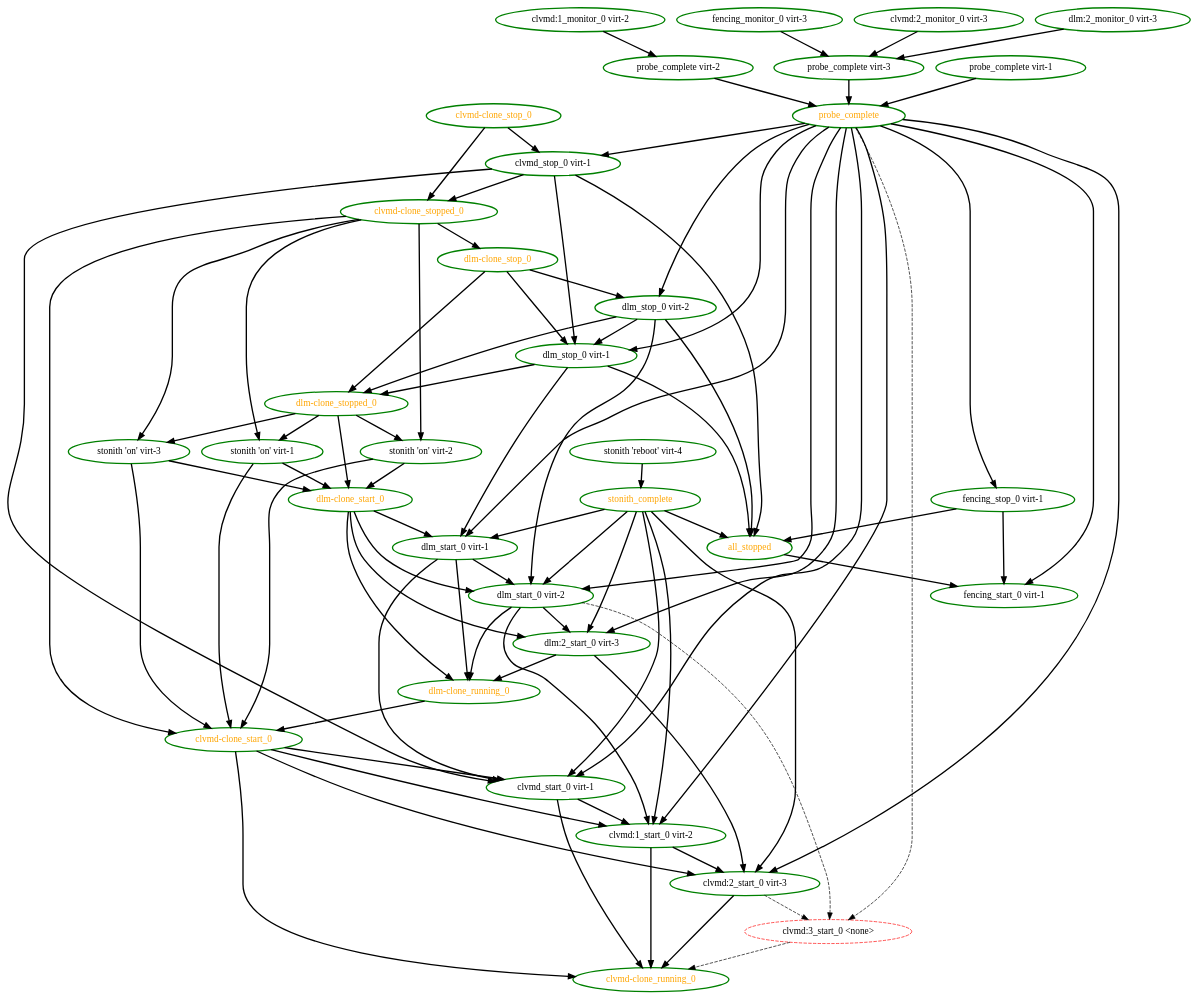
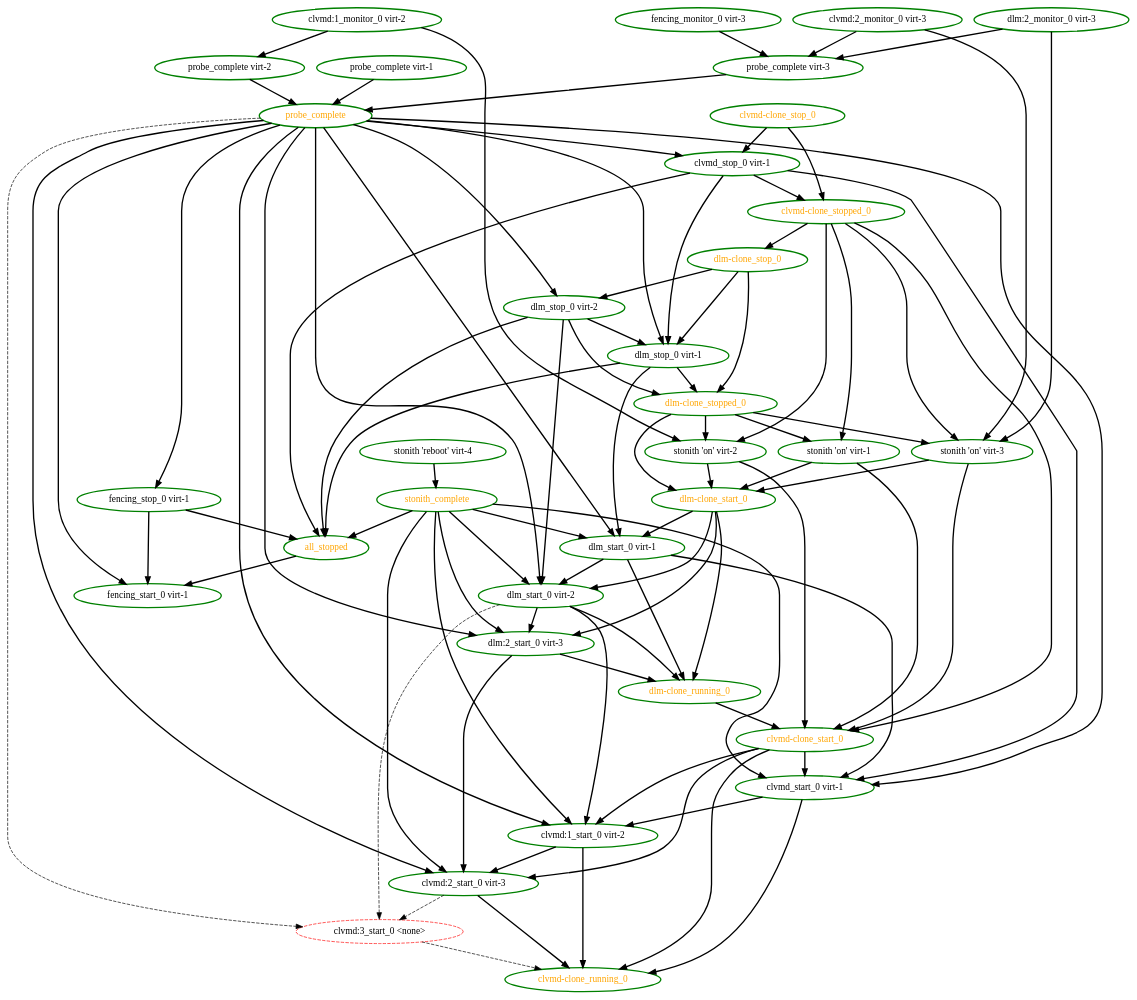
Before and after one commit to ClusterLabs/pacemaker: the diagram in pengine/test10/unfence-parameters.dot, drawn with Graphviz. The commit also changed 17 other files, not shown here.

```diff
--- a/pengine/test10/unfence-parameters.dot
+++ b/pengine/test10/unfence-parameters.dot
@@ -1,122 +1,125 @@
 digraph "g" {
 "all_stopped" -> "fencing_start_0 virt-1" [ style = bold]
 "all_stopped" [ style=bold color="green" fontcolor="orange"]
 "clvmd-clone_running_0" [ style=bold color="green" fontcolor="orange"]
 "clvmd-clone_start_0" -> "clvmd-clone_running_0" [ style = bold]
 "clvmd-clone_start_0" -> "clvmd:1_start_0 virt-2" [ style = bold]
 "clvmd-clone_start_0" -> "clvmd:2_start_0 virt-3" [ style = bold]
 "clvmd-clone_start_0" -> "clvmd_start_0 virt-1" [ style = bold]
 "clvmd-clone_start_0" [ style=bold color="green" fontcolor="orange"]
 "clvmd-clone_stop_0" -> "clvmd-clone_stopped_0" [ style = bold]
 "clvmd-clone_stop_0" -> "clvmd_stop_0 virt-1" [ style = bold]
 "clvmd-clone_stop_0" [ style=bold color="green" fontcolor="orange"]
 "clvmd-clone_stopped_0" -> "clvmd-clone_start_0" [ style = bold]
 "clvmd-clone_stopped_0" -> "dlm-clone_stop_0" [ style = bold]
 "clvmd-clone_stopped_0" -> "stonith 'on' virt-1" [ style = bold]
 "clvmd-clone_stopped_0" -> "stonith 'on' virt-2" [ style = bold]
 "clvmd-clone_stopped_0" -> "stonith 'on' virt-3" [ style = bold]
 "clvmd-clone_stopped_0" [ style=bold color="green" fontcolor="orange"]
 "clvmd:1_monitor_0 virt-2" -> "probe_complete virt-2" [ style = bold]
+"clvmd:1_monitor_0 virt-2" -> "stonith 'on' virt-2" [ style = bold]
 "clvmd:1_monitor_0 virt-2" [ style=bold color="green" fontcolor="black"]
 "clvmd:1_start_0 virt-2" -> "clvmd-clone_running_0" [ style = bold]
 "clvmd:1_start_0 virt-2" -> "clvmd:2_start_0 virt-3" [ style = bold]
 "clvmd:1_start_0 virt-2" [ style=bold color="green" fontcolor="black"]
 "clvmd:2_monitor_0 virt-3" -> "probe_complete virt-3" [ style = bold]
+"clvmd:2_monitor_0 virt-3" -> "stonith 'on' virt-3" [ style = bold]
 "clvmd:2_monitor_0 virt-3" [ style=bold color="green" fontcolor="black"]
 "clvmd:2_start_0 virt-3" -> "clvmd-clone_running_0" [ style = bold]
 "clvmd:2_start_0 virt-3" -> "clvmd:3_start_0 <none>" [ style = dashed]
 "clvmd:2_start_0 virt-3" [ style=bold color="green" fontcolor="black"]
 "clvmd:3_start_0 <none>" -> "clvmd-clone_running_0" [ style = dashed]
 "clvmd:3_start_0 <none>" [ style=dashed color="red" fontcolor="black"]
 "clvmd_start_0 virt-1" -> "clvmd-clone_running_0" [ style = bold]
 "clvmd_start_0 virt-1" -> "clvmd:1_start_0 virt-2" [ style = bold]
 "clvmd_start_0 virt-1" [ style=bold color="green" fontcolor="black"]
 "clvmd_stop_0 virt-1" -> "all_stopped" [ style = bold]
 "clvmd_stop_0 virt-1" -> "clvmd-clone_stopped_0" [ style = bold]
 "clvmd_stop_0 virt-1" -> "clvmd_start_0 virt-1" [ style = bold]
 "clvmd_stop_0 virt-1" -> "dlm_stop_0 virt-1" [ style = bold]
 "clvmd_stop_0 virt-1" [ style=bold color="green" fontcolor="black"]
 "dlm-clone_running_0" -> "clvmd-clone_start_0" [ style = bold]
 "dlm-clone_running_0" [ style=bold color="green" fontcolor="orange"]
 "dlm-clone_start_0" -> "dlm-clone_running_0" [ style = bold]
 "dlm-clone_start_0" -> "dlm:2_start_0 virt-3" [ style = bold]
 "dlm-clone_start_0" -> "dlm_start_0 virt-1" [ style = bold]
 "dlm-clone_start_0" -> "dlm_start_0 virt-2" [ style = bold]
 "dlm-clone_start_0" [ style=bold color="green" fontcolor="orange"]
 "dlm-clone_stop_0" -> "dlm-clone_stopped_0" [ style = bold]
 "dlm-clone_stop_0" -> "dlm_stop_0 virt-1" [ style = bold]
 "dlm-clone_stop_0" -> "dlm_stop_0 virt-2" [ style = bold]
 "dlm-clone_stop_0" [ style=bold color="green" fontcolor="orange"]
 "dlm-clone_stopped_0" -> "dlm-clone_start_0" [ style = bold]
 "dlm-clone_stopped_0" -> "stonith 'on' virt-1" [ style = bold]
 "dlm-clone_stopped_0" -> "stonith 'on' virt-2" [ style = bold]
 "dlm-clone_stopped_0" -> "stonith 'on' virt-3" [ style = bold]
 "dlm-clone_stopped_0" [ style=bold color="green" fontcolor="orange"]
 "dlm:2_monitor_0 virt-3" -> "probe_complete virt-3" [ style = bold]
+"dlm:2_monitor_0 virt-3" -> "stonith 'on' virt-3" [ style = bold]
 "dlm:2_monitor_0 virt-3" [ style=bold color="green" fontcolor="black"]
 "dlm:2_start_0 virt-3" -> "clvmd:2_start_0 virt-3" [ style = bold]
 "dlm:2_start_0 virt-3" -> "dlm-clone_running_0" [ style = bold]
 "dlm:2_start_0 virt-3" [ style=bold color="green" fontcolor="black"]
 "dlm_start_0 virt-1" -> "clvmd_start_0 virt-1" [ style = bold]
 "dlm_start_0 virt-1" -> "dlm-clone_running_0" [ style = bold]
 "dlm_start_0 virt-1" -> "dlm_start_0 virt-2" [ style = bold]
 "dlm_start_0 virt-1" [ style=bold color="green" fontcolor="black"]
 "dlm_start_0 virt-2" -> "clvmd:1_start_0 virt-2" [ style = bold]
 "dlm_start_0 virt-2" -> "clvmd:3_start_0 <none>" [ style = dashed]
 "dlm_start_0 virt-2" -> "dlm-clone_running_0" [ style = bold]
 "dlm_start_0 virt-2" -> "dlm:2_start_0 virt-3" [ style = bold]
 "dlm_start_0 virt-2" [ style=bold color="green" fontcolor="black"]
 "dlm_stop_0 virt-1" -> "all_stopped" [ style = bold]
 "dlm_stop_0 virt-1" -> "dlm-clone_stopped_0" [ style = bold]
 "dlm_stop_0 virt-1" -> "dlm_start_0 virt-1" [ style = bold]
 "dlm_stop_0 virt-1" [ style=bold color="green" fontcolor="black"]
 "dlm_stop_0 virt-2" -> "all_stopped" [ style = bold]
 "dlm_stop_0 virt-2" -> "dlm-clone_stopped_0" [ style = bold]
 "dlm_stop_0 virt-2" -> "dlm_start_0 virt-2" [ style = bold]
 "dlm_stop_0 virt-2" -> "dlm_stop_0 virt-1" [ style = bold]
 "dlm_stop_0 virt-2" [ style=bold color="green" fontcolor="black"]
 "fencing_monitor_0 virt-3" -> "probe_complete virt-3" [ style = bold]
 "fencing_monitor_0 virt-3" [ style=bold color="green" fontcolor="black"]
 "fencing_start_0 virt-1" [ style=bold color="green" fontcolor="black"]
 "fencing_stop_0 virt-1" -> "all_stopped" [ style = bold]
 "fencing_stop_0 virt-1" -> "fencing_start_0 virt-1" [ style = bold]
 "fencing_stop_0 virt-1" [ style=bold color="green" fontcolor="black"]
 "probe_complete virt-1" -> "probe_complete" [ style = bold]
 "probe_complete virt-1" [ style=bold color="green" fontcolor="black"]
 "probe_complete virt-2" -> "probe_complete" [ style = bold]
 "probe_complete virt-2" [ style=bold color="green" fontcolor="black"]
 "probe_complete virt-3" -> "probe_complete" [ style = bold]
 "probe_complete virt-3" [ style=bold color="green" fontcolor="black"]
 "probe_complete" -> "clvmd:1_start_0 virt-2" [ style = bold]
 "probe_complete" -> "clvmd:2_start_0 virt-3" [ style = bold]
 "probe_complete" -> "clvmd:3_start_0 <none>" [ style = dashed]
 "probe_complete" -> "clvmd_start_0 virt-1" [ style = bold]
 "probe_complete" -> "clvmd_stop_0 virt-1" [ style = bold]
 "probe_complete" -> "dlm:2_start_0 virt-3" [ style = bold]
 "probe_complete" -> "dlm_start_0 virt-1" [ style = bold]
 "probe_complete" -> "dlm_start_0 virt-2" [ style = bold]
 "probe_complete" -> "dlm_stop_0 virt-1" [ style = bold]
 "probe_complete" -> "dlm_stop_0 virt-2" [ style = bold]
 "probe_complete" -> "fencing_start_0 virt-1" [ style = bold]
 "probe_complete" -> "fencing_stop_0 virt-1" [ style = bold]
 "probe_complete" [ style=bold color="green" fontcolor="orange"]
 "stonith 'on' virt-1" -> "clvmd-clone_start_0" [ style = bold]
 "stonith 'on' virt-1" -> "dlm-clone_start_0" [ style = bold]
 "stonith 'on' virt-1" [ style=bold color="green" fontcolor="black"]
 "stonith 'on' virt-2" -> "clvmd-clone_start_0" [ style = bold]
 "stonith 'on' virt-2" -> "dlm-clone_start_0" [ style = bold]
 "stonith 'on' virt-2" [ style=bold color="green" fontcolor="black"]
 "stonith 'on' virt-3" -> "clvmd-clone_start_0" [ style = bold]
 "stonith 'on' virt-3" -> "dlm-clone_start_0" [ style = bold]
 "stonith 'on' virt-3" [ style=bold color="green" fontcolor="black"]
 "stonith 'reboot' virt-4" -> "stonith_complete" [ style = bold]
 "stonith 'reboot' virt-4" [ style=bold color="green" fontcolor="black"]
 "stonith_complete" -> "all_stopped" [ style = bold]
 "stonith_complete" -> "clvmd:1_start_0 virt-2" [ style = bold]
 "stonith_complete" -> "clvmd:2_start_0 virt-3" [ style = bold]
 "stonith_complete" -> "clvmd_start_0 virt-1" [ style = bold]
 "stonith_complete" -> "dlm:2_start_0 virt-3" [ style = bold]
 "stonith_complete" -> "dlm_start_0 virt-1" [ style = bold]
 "stonith_complete" -> "dlm_start_0 virt-2" [ style = bold]
 "stonith_complete" [ style=bold color="green" fontcolor="orange"]
 }
```
